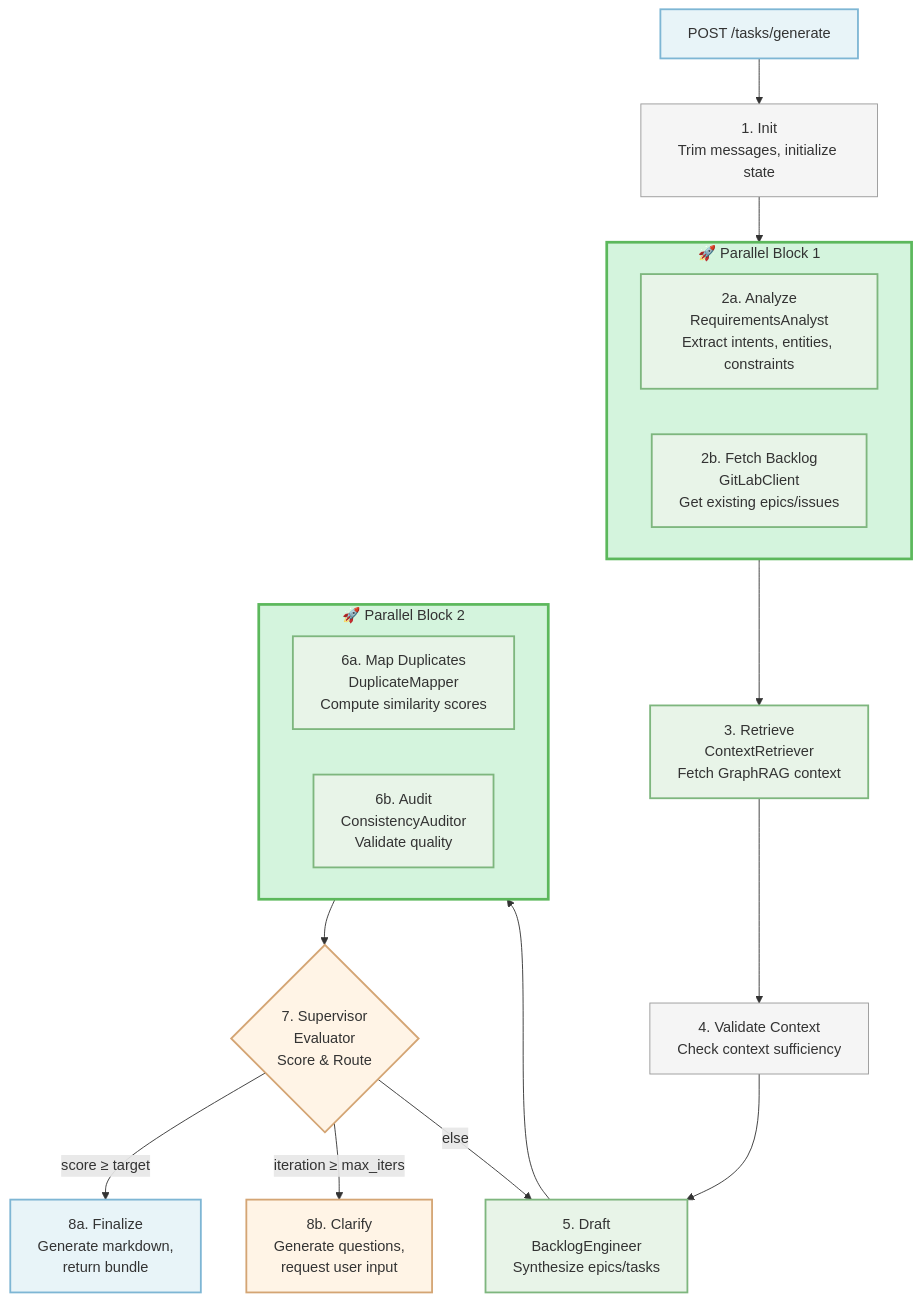
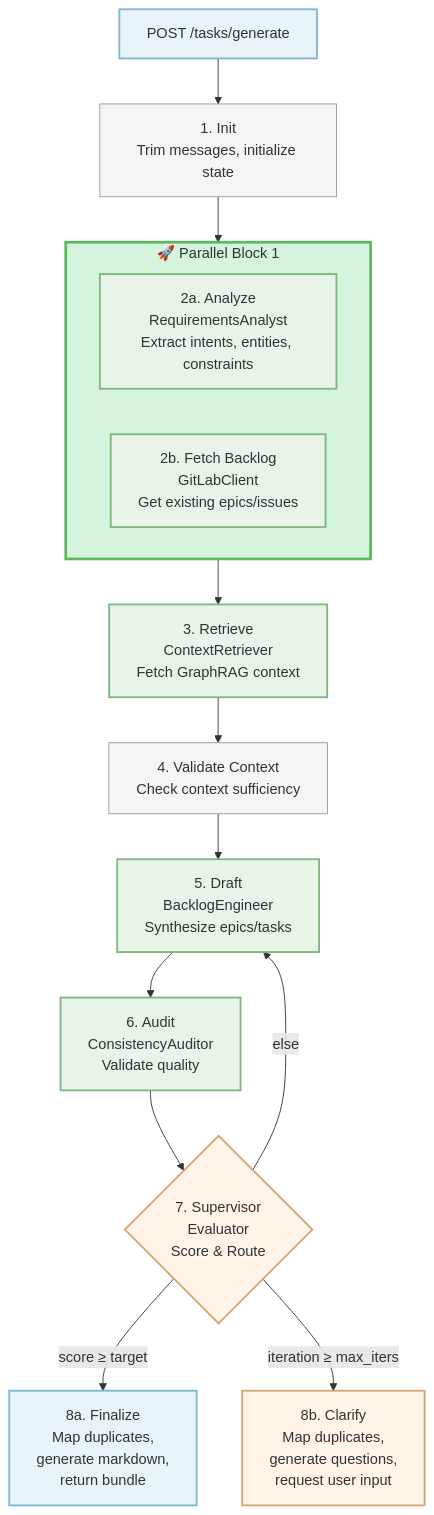
Before and after one commit to vladavilov/playground: the second of 7 diagrams in git-epic-creator/services/ai_tasks_service/README.md, drawn with Mermaid. The commit also changed other lines of this file and 5 other files, not shown here.

````diff
--- a/git-epic-creator/services/ai_tasks_service/README.md
+++ b/git-epic-creator/services/ai_tasks_service/README.md
@@ -155,49 +159,42 @@
 ```mermaid
 flowchart TD
     API[POST /tasks/generate]
     Init[1. Init<br/>Trim messages, initialize state]
     
     subgraph Parallel1["🚀 Parallel Block 1"]
         Analyze[2a. Analyze<br/>RequirementsAnalyst<br/>Extract intents, entities, constraints]
         FetchBacklog[2b. Fetch Backlog<br/>GitLabClient<br/>Get existing epics/issues]
     end
     
     Retrieve[3. Retrieve<br/>ContextRetriever<br/>Fetch GraphRAG context]
     Validate[4. Validate Context<br/>Check context sufficiency]
     Draft[5. Draft<br/>BacklogEngineer<br/>Synthesize epics/tasks]
-    
-    subgraph Parallel2["🚀 Parallel Block 2"]
-        MapDupes[6a. Map Duplicates<br/>DuplicateMapper<br/>Compute similarity scores]
-        Audit[6b. Audit<br/>ConsistencyAuditor<br/>Validate quality]
-    end
-    
+    Audit[6. Audit<br/>ConsistencyAuditor<br/>Validate quality]
     Supervisor{7. Supervisor<br/>Evaluator<br/>Score & Route}
-    Finalize[8a. Finalize<br/>Generate markdown,<br/>return bundle]
-    Clarify[8b. Clarify<br/>Generate questions,<br/>request user input]
+    Finalize[8a. Finalize<br/>Map duplicates,<br/>generate markdown,<br/>return bundle]
+    Clarify[8b. Clarify<br/>Map duplicates,<br/>generate questions,<br/>request user input]
     
     API --> Init
     Init --> Parallel1
     Parallel1 --> Retrieve
     Retrieve --> Validate
     Validate --> Draft
-    Draft --> Parallel2
-    Parallel2 --> Supervisor
+    Draft --> Audit
+    Audit --> Supervisor
     Supervisor -->|score ≥ target| Finalize
     Supervisor -->|iteration ≥ max_iters| Clarify
     Supervisor -->|else| Draft
     
     style API fill:#e8f4f8,stroke:#7eb6d4,stroke-width:2px
     style Init fill:#f5f5f5,stroke:#999,stroke-width:1px
     style Parallel1 fill:#d4f4dd,stroke:#5cb85c,stroke-width:3px
-    style Parallel2 fill:#d4f4dd,stroke:#5cb85c,stroke-width:3px
     style Analyze fill:#e8f4e8,stroke:#7eb67e,stroke-width:2px
     style Retrieve fill:#e8f4e8,stroke:#7eb67e,stroke-width:2px
     style FetchBacklog fill:#e8f4e8,stroke:#7eb67e,stroke-width:2px
     style Draft fill:#e8f4e8,stroke:#7eb67e,stroke-width:2px
-    style MapDupes fill:#e8f4e8,stroke:#7eb67e,stroke-width:2px
     style Audit fill:#e8f4e8,stroke:#7eb67e,stroke-width:2px
     style Validate fill:#f5f5f5,stroke:#999,stroke-width:1px
     style Supervisor fill:#fff4e6,stroke:#d4a574,stroke-width:2px
     style Finalize fill:#e8f4f8,stroke:#7eb6d4,stroke-width:2px
     style Clarify fill:#fff4e6,stroke:#d4a574,stroke-width:2px
 ```
````
